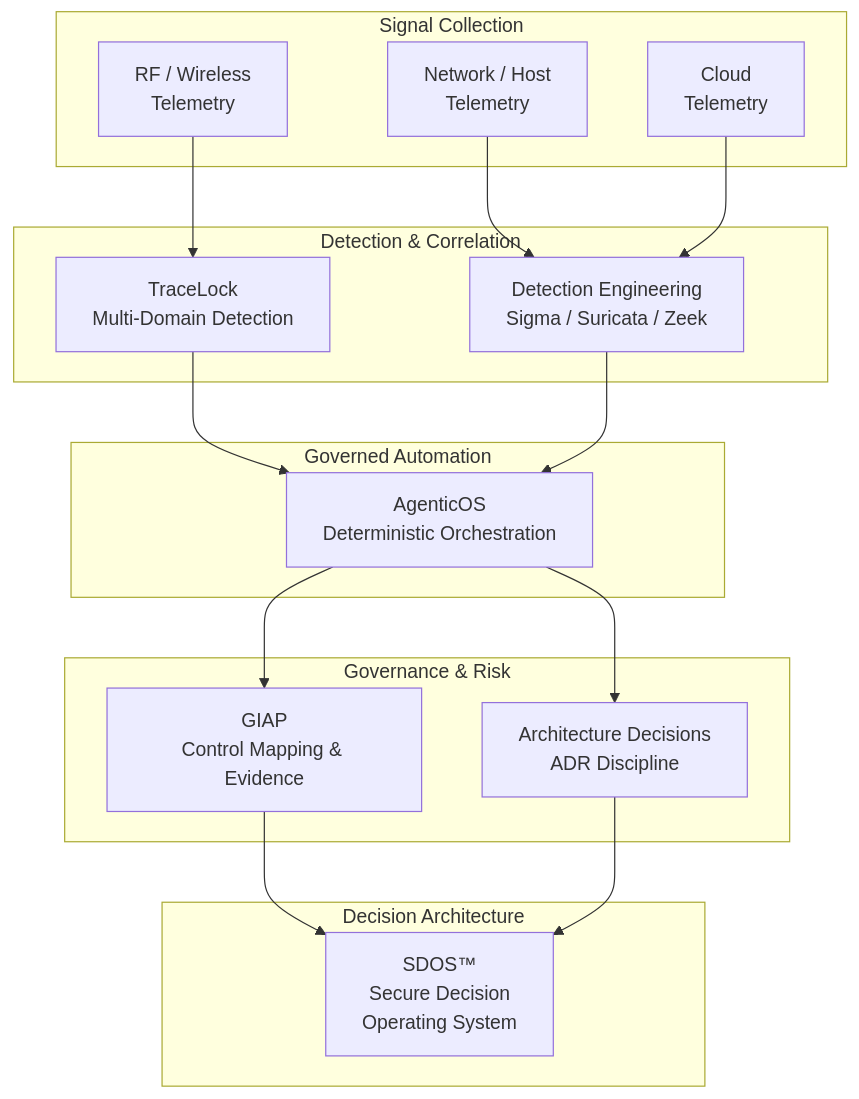
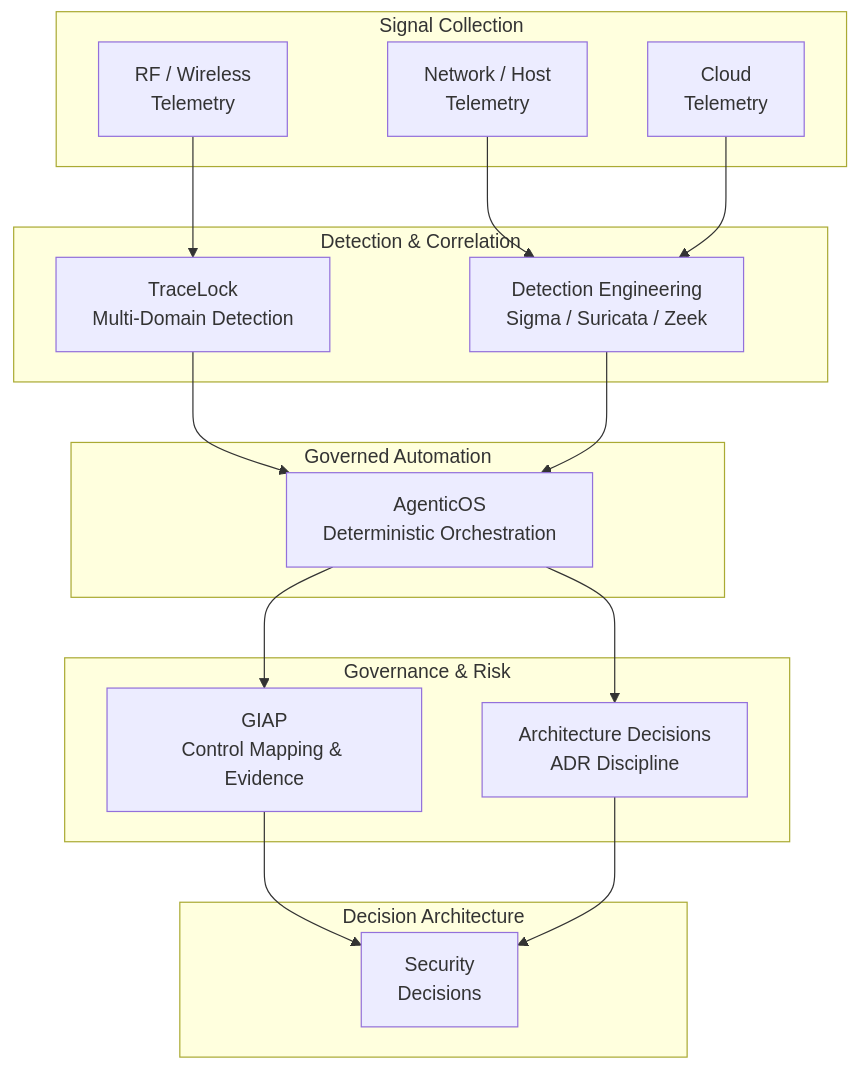
One commit to Pharns/portfolio changed the diagram in docs/architecture/security-telemetry-decision-architecture.md. Above: the diagram before and after it, drawn with Mermaid. The commit also changed other lines of this file and 8 other files, not shown here.

First line of the commit message:
fix(ip-protection): remove SDOS naming, patent references, and architecture internals across portfolio

````diff
--- a/docs/architecture/security-telemetry-decision-architecture.md
+++ b/docs/architecture/security-telemetry-decision-architecture.md
@@ -24,36 +24,36 @@
 ```mermaid
 flowchart TD
     subgraph TELEMETRY["Signal Collection"]
         T1["RF / Wireless<br/>Telemetry"]
         T2["Network / Host<br/>Telemetry"]
         T3["Cloud<br/>Telemetry"]
     end
 
     subgraph DETECTION["Detection & Correlation"]
         D1["TraceLock<br/>Multi-Domain Detection"]
         D2["Detection Engineering<br/>Sigma / Suricata / Zeek"]
     end
 
     subgraph AUTOMATION["Governed Automation"]
         A1["AgenticOS<br/>Deterministic Orchestration"]
     end
 
     subgraph GOVERNANCE["Governance & Risk"]
         G1["GIAP<br/>Control Mapping & Evidence"]
         G2["Architecture Decisions<br/>ADR Discipline"]
     end
 
     subgraph DECISIONS["Decision Architecture"]
-        S1["SDOS™<br/>Secure Decision<br/>Operating System"]
+        S1["Security<br/>Decisions"]
     end
 
     T1 --> D1
     T2 --> D2
     T3 --> D2
     D1 --> A1
     D2 --> A1
     A1 --> G1
     A1 --> G2
     G1 --> S1
     G2 --> S1
 ```
````
